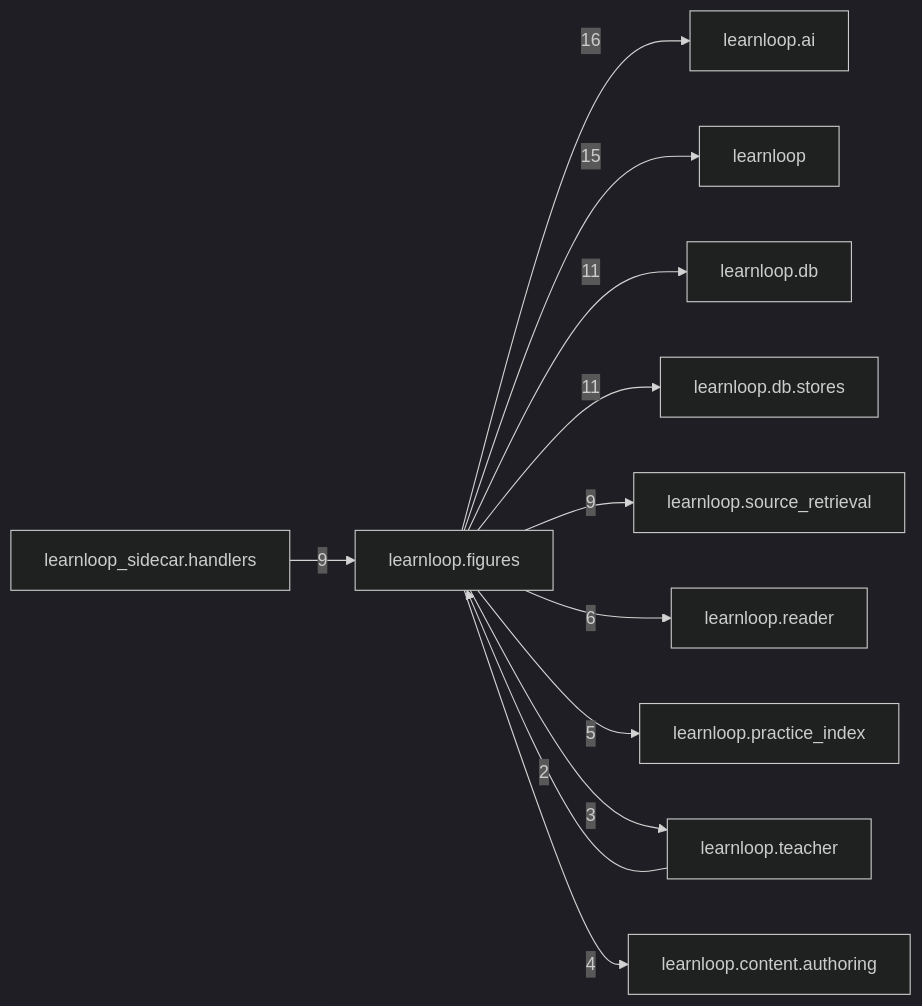
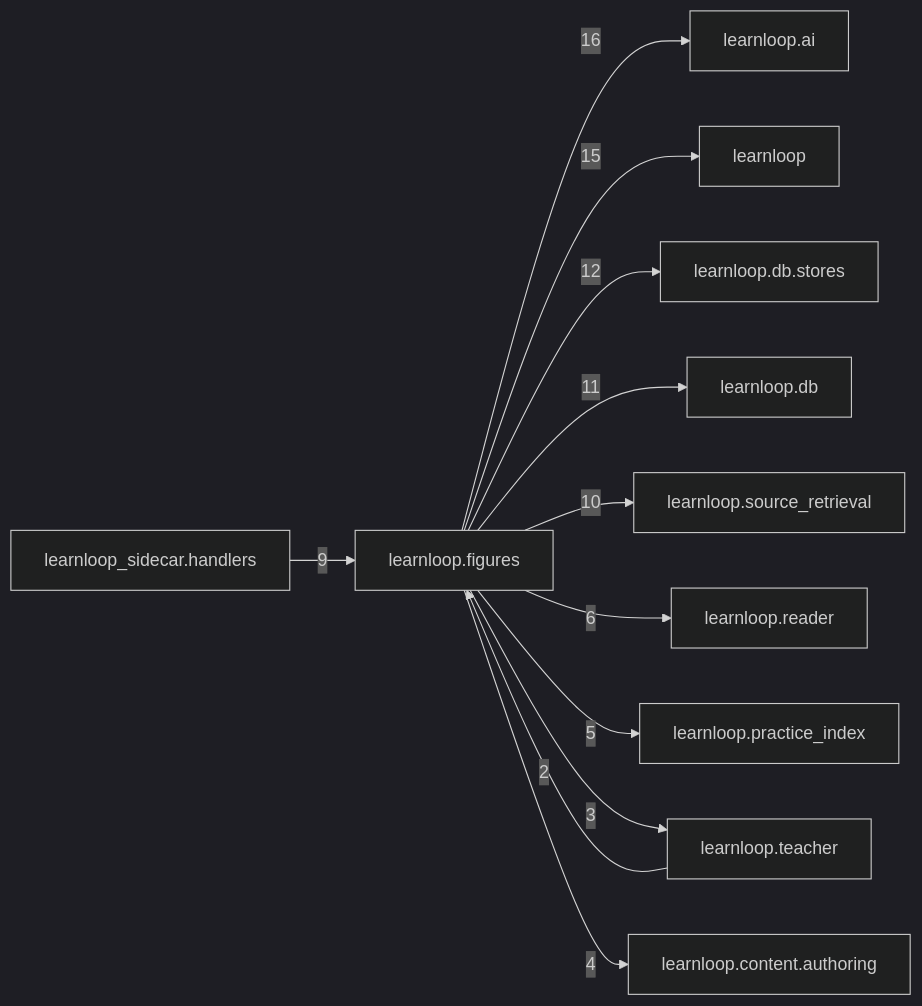
One commit to 6up-b/learnanything changed the diagram in docs/learnloop-architecture-vault/Reference/Modules/learnloop/figures/_package.md. Above: the diagram before and after it, drawn with Mermaid (dark theme). The commit also changed other lines of this file and 512 other files, not shown here.

````diff
--- a/docs/learnloop-architecture-vault/Reference/Modules/learnloop/figures/_package.md
+++ b/docs/learnloop-architecture-vault/Reference/Modules/learnloop/figures/_package.md
@@ -116,25 +116,25 @@
 ```mermaid
 flowchart LR
     center["learnloop.figures"]
     n_learnloop_ai["learnloop.ai"]
     n_learnloop["learnloop"]
+    n_learnloop_db_stores["learnloop.db.stores"]
     n_learnloop_db["learnloop.db"]
-    n_learnloop_db_stores["learnloop.db.stores"]
     n_learnloop_source_retrieval["learnloop.source_retrieval"]
     n_learnloop_sidecar_handlers["learnloop_sidecar.handlers"]
     n_learnloop_reader["learnloop.reader"]
     n_learnloop_practice_index["learnloop.practice_index"]
     n_learnloop_teacher["learnloop.teacher"]
     n_learnloop_content_authoring["learnloop.content.authoring"]
     center -->|16| n_learnloop_ai
     center -->|15| n_learnloop
+    center -->|12| n_learnloop_db_stores
     center -->|11| n_learnloop_db
-    center -->|11| n_learnloop_db_stores
-    center -->|9| n_learnloop_source_retrieval
+    center -->|10| n_learnloop_source_retrieval
     n_learnloop_sidecar_handlers -->|9| center
     center -->|6| n_learnloop_reader
     center -->|5| n_learnloop_practice_index
     n_learnloop_teacher -->|2| center
     center -->|3| n_learnloop_teacher
     center -->|4| n_learnloop_content_authoring
 ```
````
